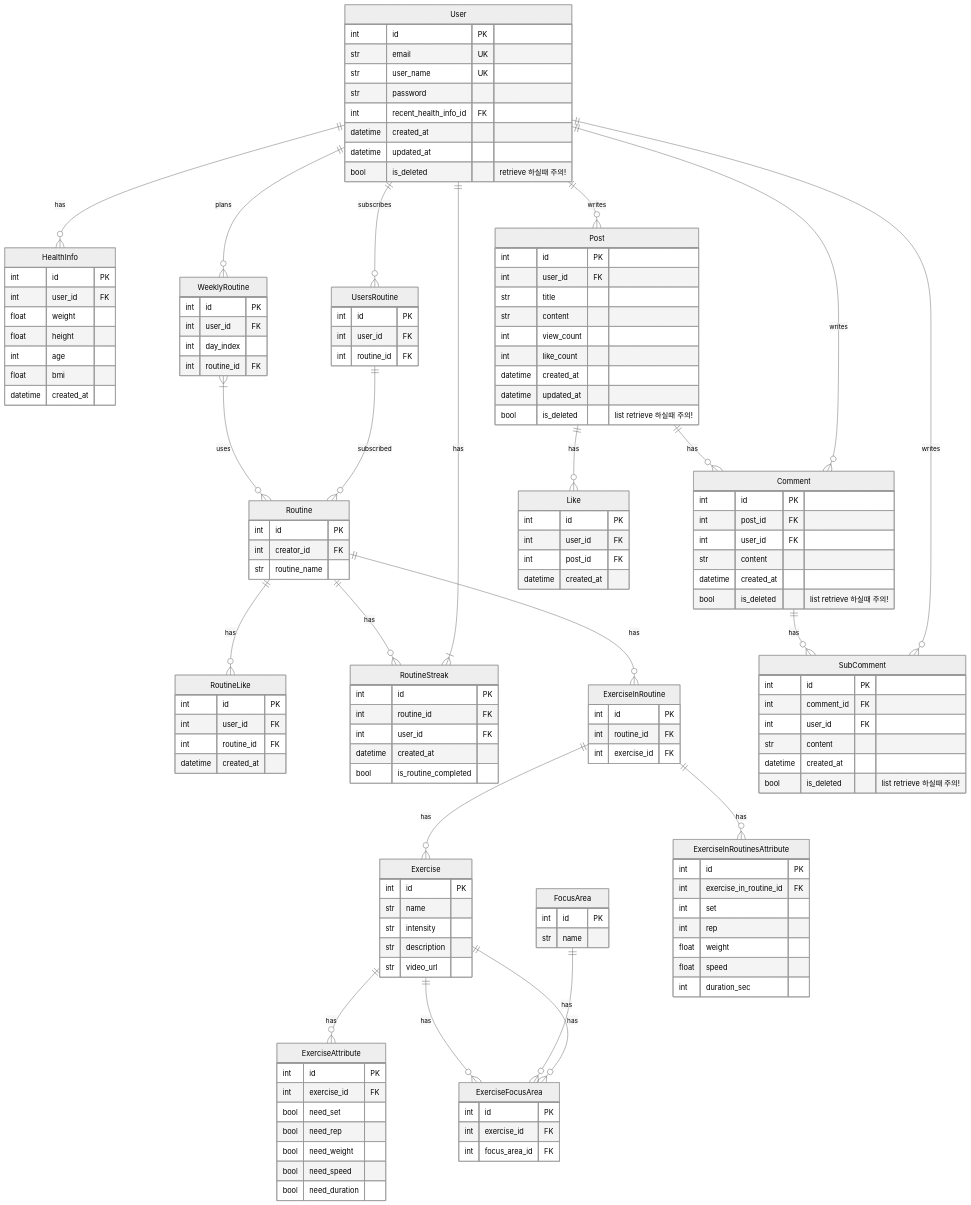
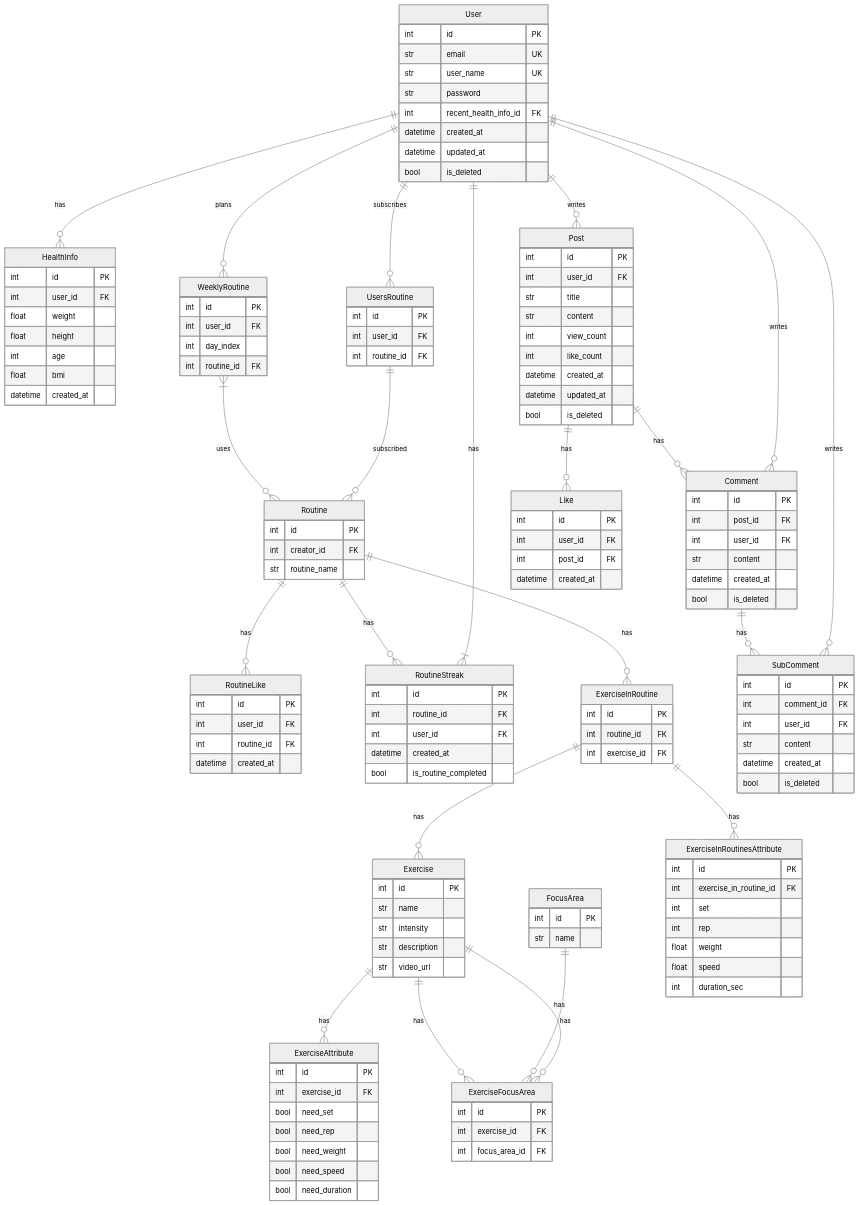
The diagram in README.md (orm-backend-final-project-2-2/Codefit), drawn with Mermaid (neutral theme) before and after one commit.

Commit message:
Update README.md
erd 주석 줄 제거

```diff
--- a/README.md
+++ b/README.md
@@ -284,7 +284,7 @@
         int recent_health_info_id FK
         datetime created_at
         datetime updated_at
-        bool is_deleted "retrieve 하실때 주의!"
+        bool is_deleted
     }
 
     %% 지석
@@ -405,7 +405,7 @@
         int like_count
         datetime created_at
         datetime updated_at
-        bool is_deleted "list retrieve 하실때 주의!"
+        bool is_deleted
     }
 
     Comment {
@@ -414,7 +414,7 @@
         int user_id FK
         str content
         datetime created_at
-        bool is_deleted "list retrieve 하실때 주의!"
+        bool is_deleted
     }
 
     SubComment {
@@ -423,7 +423,7 @@
         int user_id FK
         str content
         datetime created_at
-        bool is_deleted "list retrieve 하실때 주의!"
+        bool is_deleted
     }
 
     Like {
```
